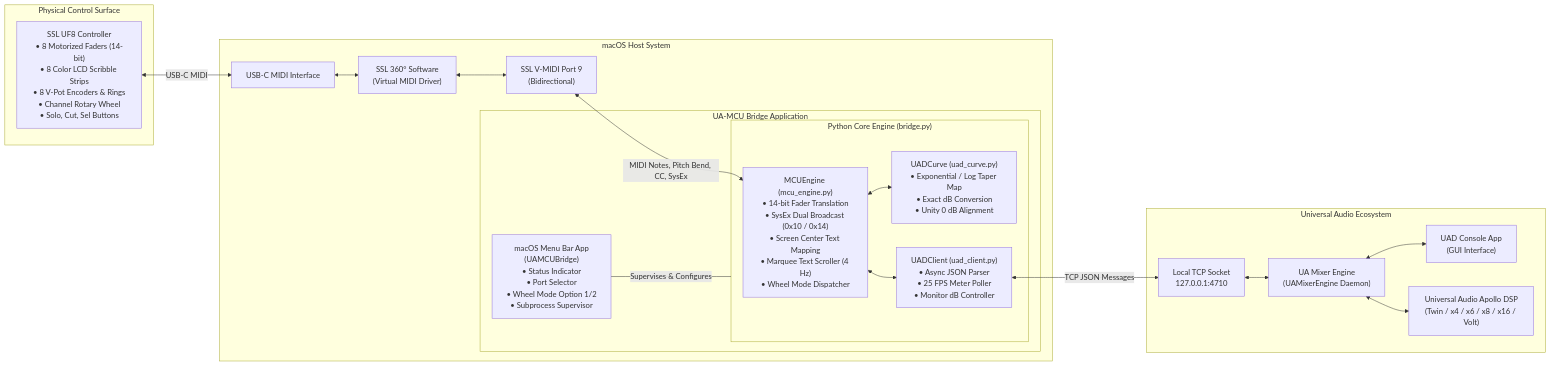
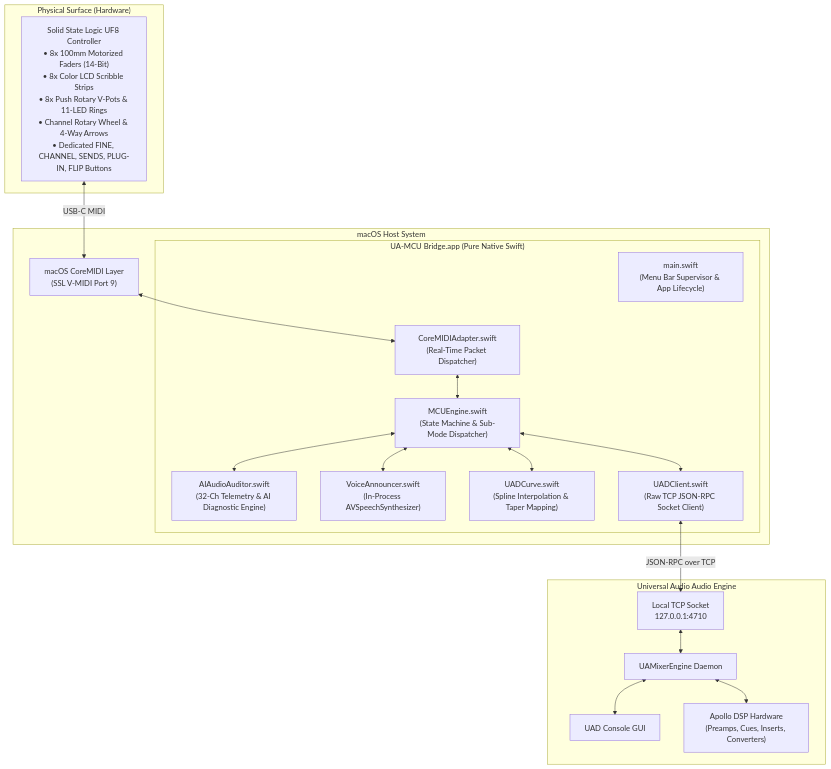
The diagram in MANUAL.md (jonlee0704/ua-mcu-bridge), drawn with Mermaid before and after one commit. The commit also changed other lines of this file, not shown here.

Commit message:
docs: update MANUAL.md with super detailed operation guide, AI Co-Producer, and Swift architecture

````diff
--- a/MANUAL.md
+++ b/MANUAL.md
@@ -30,41 +47,40 @@
 ```mermaid
-flowchart LR
-    subgraph Hardware ["Physical Control Surface"]
-        UF8["SSL UF8 Controller\n• 8 Motorized Faders (14-bit)\n• 8 Color LCD Scribble Strips\n• 8 V-Pot Encoders & Rings\n• Channel Rotary Wheel\n• Solo, Cut, Sel Buttons"]
+flowchart TD
+    subgraph PhysicalSurface ["Physical Surface (Hardware)"]
+        UF8["Solid State Logic UF8 Controller\n• 8x 100mm Motorized Faders (14-Bit)\n• 8x Color LCD Scribble Strips\n• 8x Push Rotary V-Pots & 11-LED Rings\n• Channel Rotary Wheel & 4-Way Arrows\n• Dedicated FINE, CHANNEL, SENDS, PLUG-IN, FLIP Buttons"]
     end
 
-    subgraph Host ["macOS Host System"]
-        USB["USB-C MIDI Interface"]
-        SSL360["SSL 360° Software\n(Virtual MIDI Driver)"]
-        VMIDI["SSL V-MIDI Port 9\n(Bidirectional)"]
+    subgraph OS ["macOS Host System"]
+        CoreMIDI["macOS CoreMIDI Layer\n(SSL V-MIDI Port 9)"]
         
-        subgraph BridgeApp ["UA-MCU Bridge Application"]
-            SwiftUI["macOS Menu Bar App\n(UAMCUBridge)\n• Status Indicator\n• Port Selector\n• Wheel Mode Option 1/2\n• Subprocess Supervisor"]
-            
-            subgraph Engine ["Python Core Engine (bridge.py)"]
-                MCU["MCUEngine (mcu_engine.py)\n• 14-bit Fader Translation\n• SysEx Dual Broadcast (0x10 / 0x14)\n• Screen Center Text Mapping\n• Marquee Text Scroller (4 Hz)\n• Wheel Mode Dispatcher"]
-                CURVE["UADCurve (uad_curve.py)\n• Exponential / Log Taper Map\n• Exact dB Conversion\n• Unity 0 dB Alignment"]
-                UAD["UADClient (uad_client.py)\n• Async JSON Parser\n• 25 FPS Meter Poller\n• Monitor dB Controller"]
-            end
+        subgraph App ["UA-MCU Bridge.app (Pure Native Swift)"]
+            Adapter["CoreMIDIAdapter.swift\n(Real-Time Packet Dispatcher)"]
+            MCU["MCUEngine.swift\n(State Machine & Sub-Mode Dispatcher)"]
+            Auditor["AIAudioAuditor.swift\n(32-Ch Telemetry & AI Diagnostic Engine)"]
+            Voice["VoiceAnnouncer.swift\n(In-Process AVSpeechSynthesizer)"]
+            Curve["UADCurve.swift\n(Spline Interpolation & Taper Mapping)"]
+            Client["UADClient.swift\n(Raw TCP JSON-RPC Socket Client)"]
+            Menu["main.swift\n(Menu Bar Supervisor & App Lifecycle)"]
         end
     end
 
-    subgraph AudioEngine ["Universal Audio Ecosystem"]
-        TCPSocket["Local TCP Socket\n127.0.0.1:4710"]
-        UAME["UA Mixer Engine\n(UAMixerEngine Daemon)"]
-        ConsoleApp["UAD Console App\n(GUI Interface)"]
-        ApolloHW["Universal Audio Apollo DSP\n(Twin / x4 / x6 / x8 / x16 / Volt)"]
+    subgraph UAD ["Universal Audio Audio Engine"]
+        TCP["Local TCP Socket\n127.0.0.1:4710"]
+        Engine["UAMixerEngine Daemon"]
+        Console["UAD Console GUI"]
+        Apollo["Apollo DSP Hardware\n(Preamps, Cues, Inserts, Converters)"]
     end
 
-    UF8 <-->|USB-C MIDI| USB
-    USB <--> SSL360
-    SSL360 <--> VMIDI
-    VMIDI <-->|MIDI Notes, Pitch Bend, CC, SysEx| MCU
-    SwiftUI ---|Supervises & Configures| Engine
-    MCU <--> CURVE
-    MCU <--> UAD
-    UAD <-->|TCP JSON Messages| TCPSocket
-    TCPSocket <--> UAME
-    UAME <--> ConsoleApp
-    UAME <--> ApolloHW
+    UF8 <-->|USB-C MIDI| CoreMIDI
+    CoreMIDI <--> Adapter
+    Adapter <--> MCU
+    MCU <--> Auditor
+    MCU <--> Voice
+    MCU <--> Curve
+    MCU <--> Client
+    Client <-->|JSON-RPC over TCP| TCP
+    TCP <--> Engine
+    Engine <--> Console
+    Engine <--> Apollo
+    Menu --- App
 ```
````
